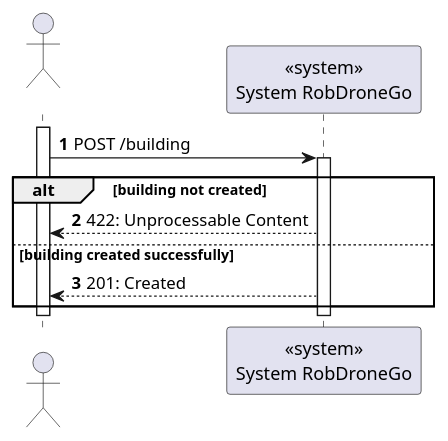
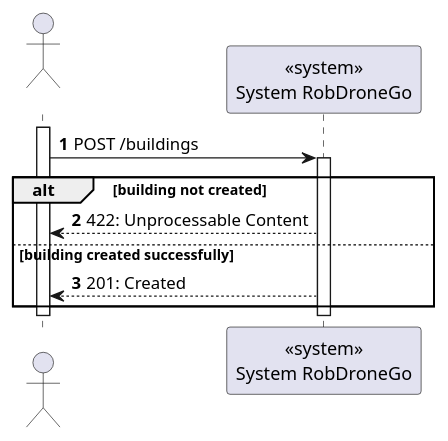
One commit to Departamento-de-Engenharia-Informatica/lapr5-23-24-g19 changed the diagram in docs/us150/level1/process_view.puml. Above: the diagram before and after it, drawn with PlantUML. The commit also changed 36 other files, not shown here.

```diff
--- a/docs/us150/level1/process_view.puml
+++ b/docs/us150/level1/process_view.puml
@@ -1,20 +1,20 @@
 @startuml
 autonumber
 
 actor " " as actor
 participant "<<system>>\nSystem RobDroneGo" as sys
 
 activate actor
-    actor -> sys: POST /building
+    actor -> sys: POST /buildings
 
     activate sys
     alt building not created
         sys --> actor : 422: Unprocessable Content
     else building created successfully
         sys --> actor : 201: Created
     end
     deactivate sys
 deactivate actor
 
 
 @enduml
```
